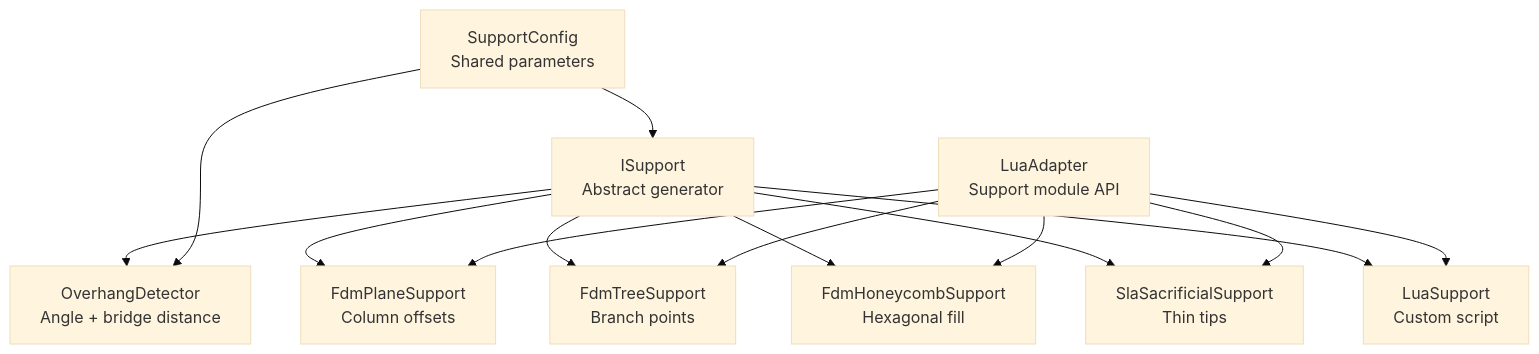
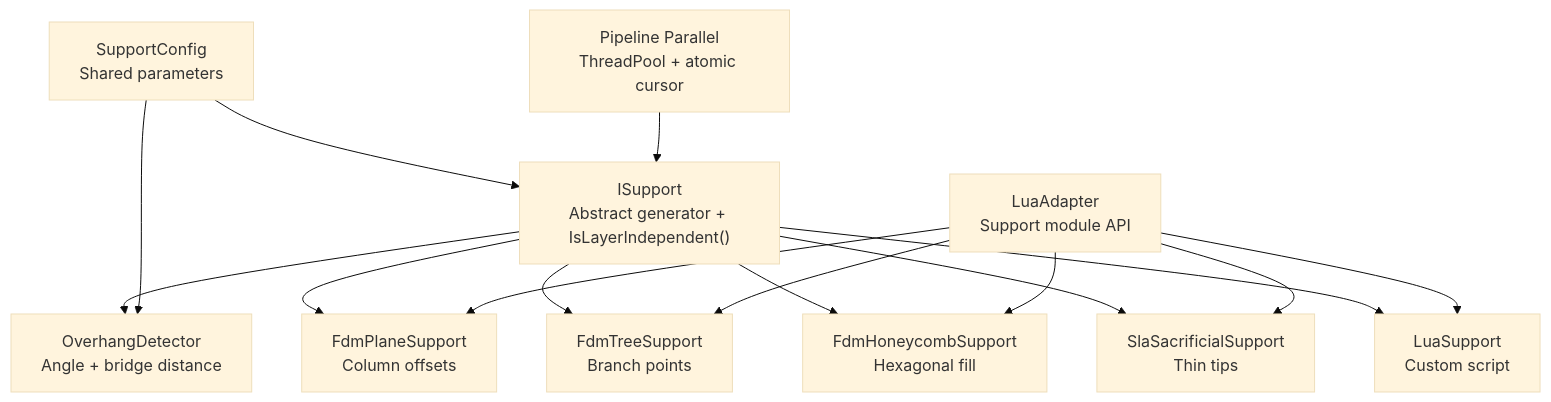
Before and after one commit to hsmbanlance/HsBaSlicer: the first of 12 diagrams in .qoder/repowiki/en/content/Core Modules/Support Structure System (support_)/Support Structure System (support_).md, drawn with Mermaid (base theme). The commit also changed other lines of this file and 365 other files, not shown here.

````diff
--- a/.qoder/repowiki/en/content/Core Modules/Support Structure System (support_)/Support Structure System (support_).md
+++ b/.qoder/repowiki/en/content/Core Modules/Support Structure System (support_)/Support Structure System (support_).md
@@ -51,16 +64,17 @@
 ```mermaid
 graph TB
-IS["ISupport<br/>Abstract generator"] --> OD["OverhangDetector<br/>Angle + bridge distance"]
+IS["ISupport<br/>Abstract generator + IsLayerIndependent()"] --> OD["OverhangDetector<br/>Angle + bridge distance"]
 IS --> FP["FdmPlaneSupport<br/>Column offsets"]
 IS --> FT["FdmTreeSupport<br/>Branch points"]
 IS --> FH["FdmHoneycombSupport<br/>Hexagonal fill"]
 IS --> SS["SlaSacrificialSupport<br/>Thin tips"]
 IS --> LS["LuaSupport<br/>Custom script"]
 LA["LuaAdapter<br/>Support module API"] --> LS
 LA --> FP
 LA --> FT
 LA --> FH
 LA --> SS
 CFG["SupportConfig<br/>Shared parameters"] --> IS
 CFG --> OD
+PP["Pipeline Parallel<br/>ThreadPool + atomic cursor"] --> IS
 ```
````
